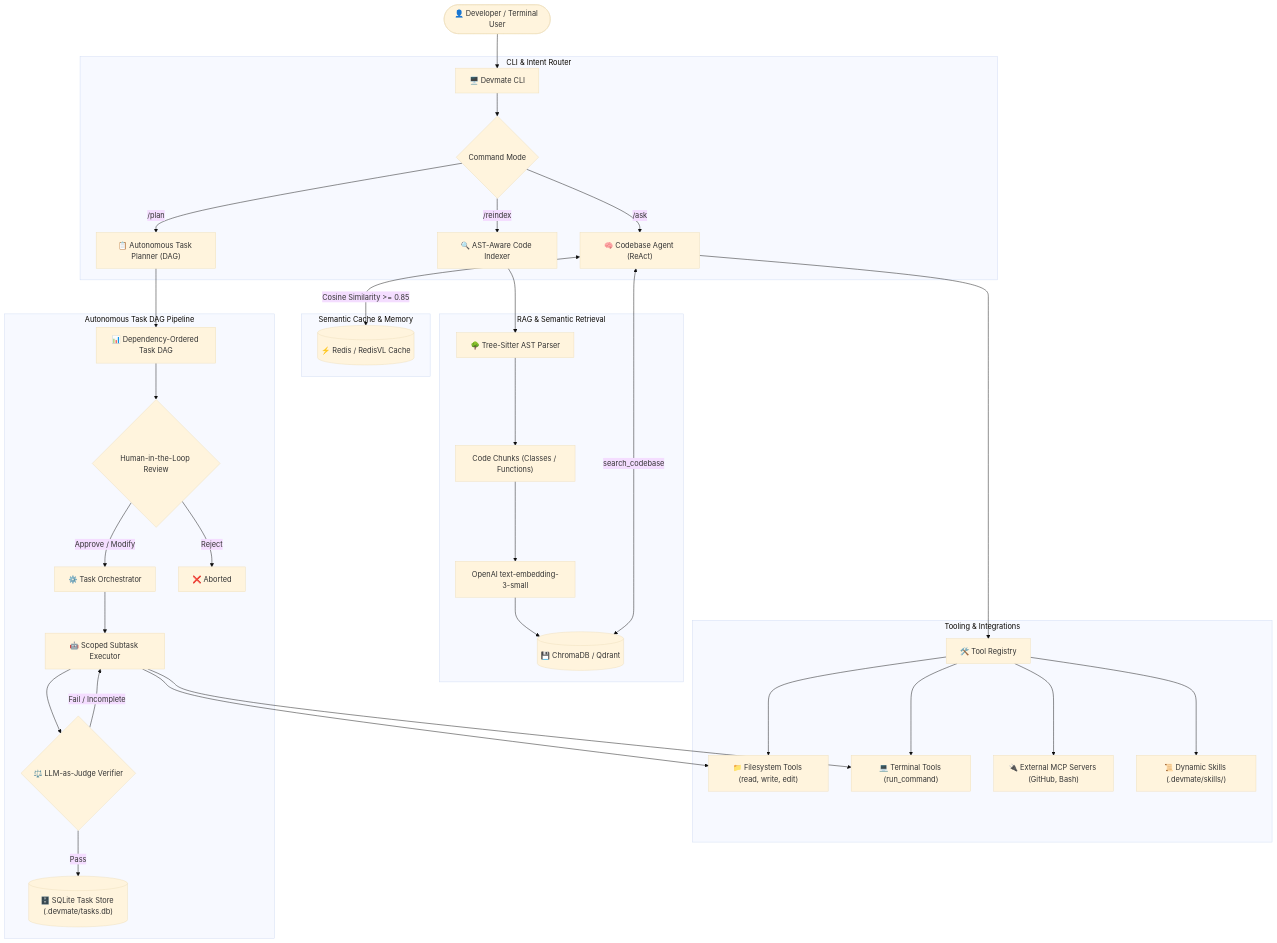
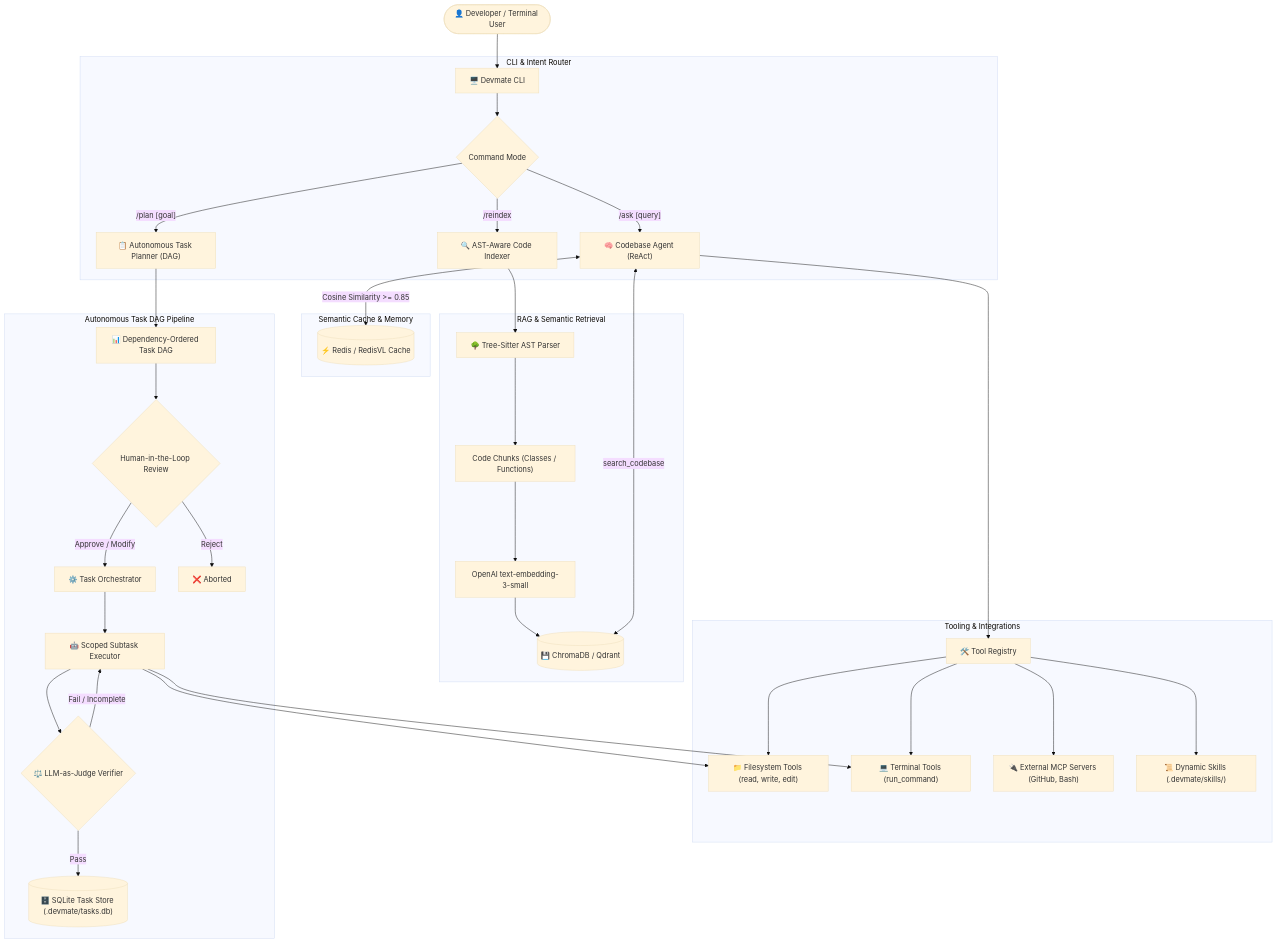
One commit to SudeepKagi/devmate changed the first of 5 diagrams in README.md. Above: the diagram before and after it, drawn with Mermaid (base theme). The commit also changed other lines of this file, not shown here.

Commit message:
Fix Mermaid diagram lexical syntax for GitHub rendering

````diff
--- a/README.md
+++ b/README.md
@@ -38,44 +38,44 @@
 ```mermaid
 flowchart TD
     User(["👤 Developer / Terminal User"]) --> CLI["🖥️ Devmate CLI"]
     
     subgraph CLI_Interface ["CLI & Intent Router"]
         CLI --> Router{"Command Mode"}
-        Router -->|"/ask <query>"| CodebaseAgent["🧠 Codebase Agent (ReAct)"]
-        Router -->|"/plan <goal>"| TaskPlanner["📋 Autonomous Task Planner (DAG)"]
+        Router -->|"/ask [query]"| CodebaseAgent["🧠 Codebase Agent (ReAct)"]
+        Router -->|"/plan [goal]"| TaskPlanner["📋 Autonomous Task Planner (DAG)"]
         Router -->|"/reindex"| Indexer["🔍 AST-Aware Code Indexer"]
     end
 
     subgraph RAG_Engine ["RAG & Semantic Retrieval"]
         Indexer --> TreeSitter["🌳 Tree-Sitter AST Parser"]
         TreeSitter --> Chunks["Code Chunks (Classes / Functions)"]
         Chunks --> Embedder["OpenAI text-embedding-3-small"]
         Embedder --> Chroma[("💾 ChromaDB / Qdrant")]
         CodebaseAgent <-->|"search_codebase"| Chroma
     end
 
     subgraph Caching_Layer ["Semantic Cache & Memory"]
         CodebaseAgent <-->|"Cosine Similarity >= 0.85"| RedisCache[("⚡ Redis / RedisVL Cache")]
     end
 
     subgraph Tooling_Ecosystem ["Tooling & Integrations"]
         CodebaseAgent --> ToolRegistry["🛠️ Tool Registry"]
         ToolRegistry --> FSTools["📁 Filesystem Tools (read, write, edit)"]
         ToolRegistry --> TermTools["💻 Terminal Tools (run_command)"]
         ToolRegistry --> MCPTools["🔌 External MCP Servers (GitHub, Bash)"]
         ToolRegistry --> Skills["📜 Dynamic Skills (.devmate/skills/)"]
     end
 
     subgraph Task_Execution ["Autonomous Task DAG Pipeline"]
         TaskPlanner --> DAG["📊 Dependency-Ordered Task DAG"]
         DAG --> Approval{"Human-in-the-Loop Review"}
         Approval -->|"Approve / Modify"| Orchestrator["⚙️ Task Orchestrator"]
         Approval -->|"Reject"| Abort["❌ Aborted"]
         Orchestrator --> SubtaskAgent["🤖 Scoped Subtask Executor"]
         SubtaskAgent --> FSTools
         SubtaskAgent --> TermTools
         SubtaskAgent --> Verifier{"⚖️ LLM-as-Judge Verifier"}
         Verifier -->|"Pass"| SQLiteStore[("🗄️ SQLite Task Store (.devmate/tasks.db)")]
         Verifier -->|"Fail / Incomplete"| SubtaskAgent
     end
 ```
````
